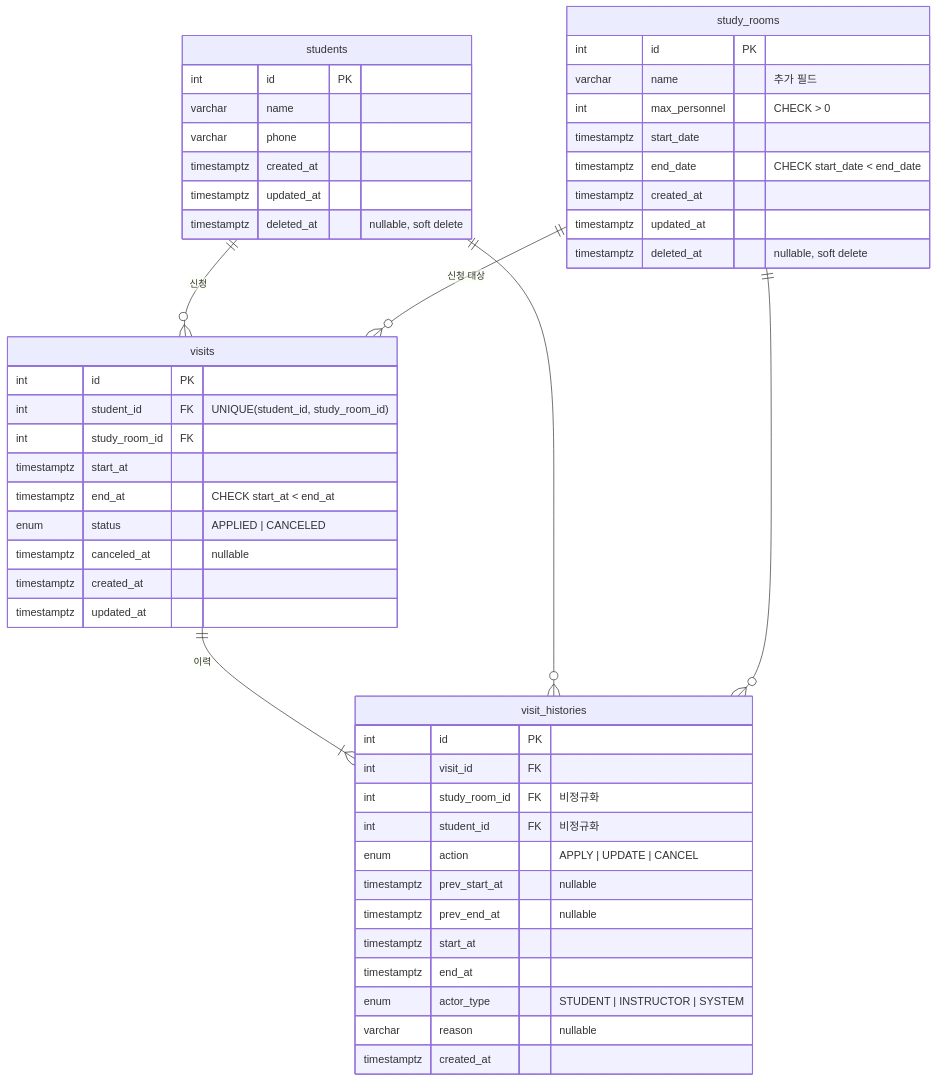
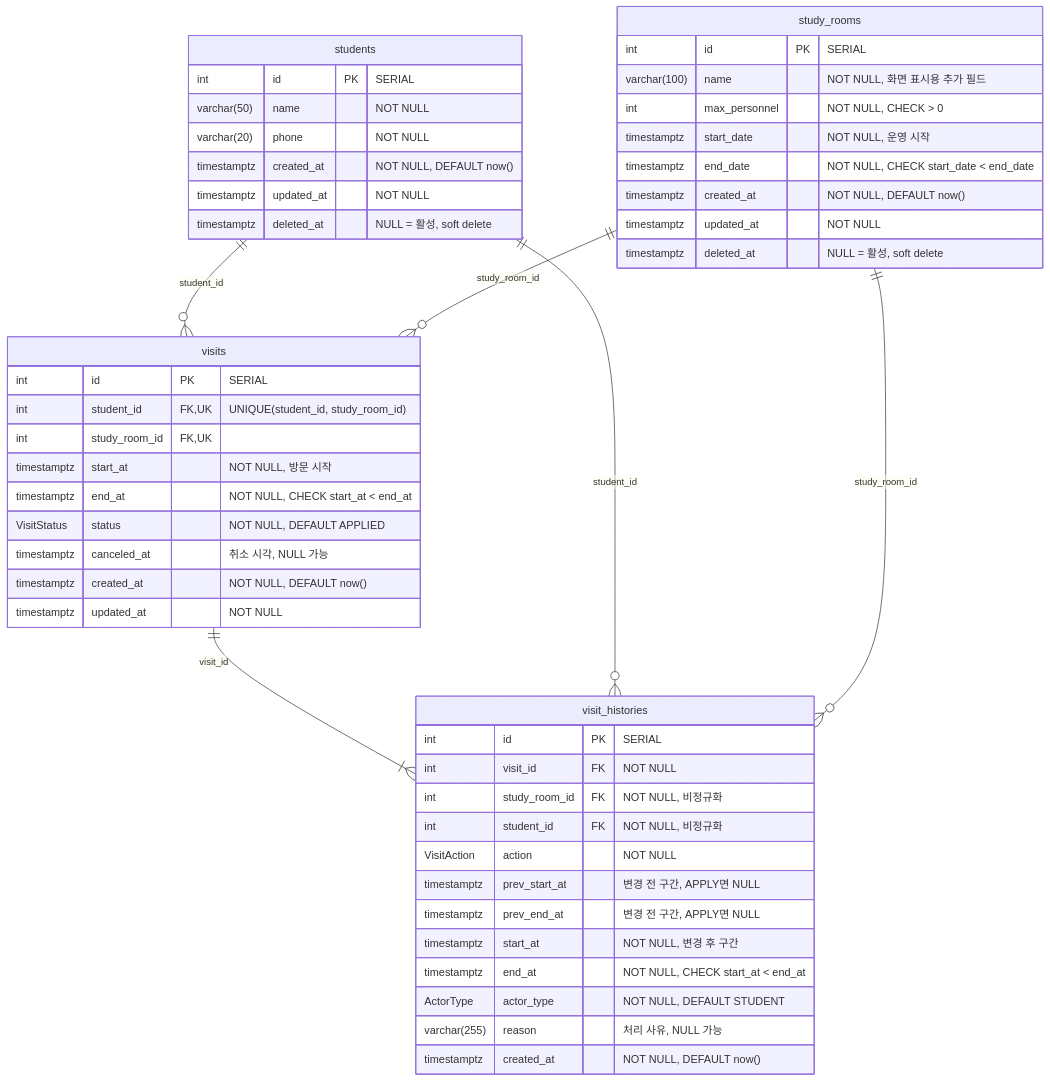
One commit to JungMINI-developer/hiconsy-task changed the second of 3 diagrams in docs/database.md. Above: the diagram before and after it, drawn with Mermaid. The commit also changed other lines of this file, not shown here.

Commit message:
docs: ERD를 관계 개요·상세 다이어그램으로 나누고 enum·상태 흐름 추가

````diff
--- a/docs/database.md
+++ b/docs/database.md
@@ -10,55 +27,55 @@
 ```mermaid
 erDiagram
-  students ||--o{ visits : "신청"
-  study_rooms ||--o{ visits : "신청 대상"
-  visits ||--|{ visit_histories : "이력"
-  students ||--o{ visit_histories : ""
-  study_rooms ||--o{ visit_histories : ""
+  students ||--o{ visits : "student_id"
+  study_rooms ||--o{ visits : "study_room_id"
+  visits ||--|{ visit_histories : "visit_id"
+  students ||--o{ visit_histories : "student_id"
+  study_rooms ||--o{ visit_histories : "study_room_id"
 
   students {
-    int id PK
-    varchar name
-    varchar phone
-    timestamptz created_at
-    timestamptz updated_at
-    timestamptz deleted_at "nullable, soft delete"
+    int id PK "SERIAL"
+    varchar(50) name "NOT NULL"
+    varchar(20) phone "NOT NULL"
+    timestamptz created_at "NOT NULL, DEFAULT now()"
+    timestamptz updated_at "NOT NULL"
+    timestamptz deleted_at "NULL = 활성, soft delete"
   }
 
   study_rooms {
-    int id PK
-    varchar name "추가 필드"
-    int max_personnel "CHECK > 0"
-    timestamptz start_date
-    timestamptz end_date "CHECK start_date < end_date"
-    timestamptz created_at
-    timestamptz updated_at
-    timestamptz deleted_at "nullable, soft delete"
+    int id PK "SERIAL"
+    varchar(100) name "NOT NULL, 화면 표시용 추가 필드"
+    int max_personnel "NOT NULL, CHECK > 0"
+    timestamptz start_date "NOT NULL, 운영 시작"
+    timestamptz end_date "NOT NULL, CHECK start_date < end_date"
+    timestamptz created_at "NOT NULL, DEFAULT now()"
+    timestamptz updated_at "NOT NULL"
+    timestamptz deleted_at "NULL = 활성, soft delete"
   }
 
   visits {
-    int id PK
-    int student_id FK "UNIQUE(student_id, study_room_id)"
-    int study_room_id FK
-    timestamptz start_at
-    timestamptz end_at "CHECK start_at < end_at"
-    enum status "APPLIED | CANCELED"
-    timestamptz canceled_at "nullable"
-    timestamptz created_at
-    timestamptz updated_at
+    int id PK "SERIAL"
+    int student_id FK,UK "UNIQUE(student_id, study_room_id)"
+    int study_room_id FK,UK
+    timestamptz start_at "NOT NULL, 방문 시작"
+    timestamptz end_at "NOT NULL, CHECK start_at < end_at"
+    VisitStatus status "NOT NULL, DEFAULT APPLIED"
+    timestamptz canceled_at "취소 시각, NULL 가능"
+    timestamptz created_at "NOT NULL, DEFAULT now()"
+    timestamptz updated_at "NOT NULL"
   }
 
   visit_histories {
-    int id PK
-    int visit_id FK
-    int study_room_id FK "비정규화"
-    int student_id FK "비정규화"
-    enum action "APPLY | UPDATE | CANCEL"
-    timestamptz prev_start_at "nullable"
-    timestamptz prev_end_at "nullable"
-    timestamptz start_at
-    timestamptz end_at
-    enum actor_type "STUDENT | INSTRUCTOR | SYSTEM"
-    varchar reason "nullable"
-    timestamptz created_at
+    int id PK "SERIAL"
+    int visit_id FK "NOT NULL"
+    int study_room_id FK "NOT NULL, 비정규화"
+    int student_id FK "NOT NULL, 비정규화"
+    VisitAction action "NOT NULL"
+    timestamptz prev_start_at "변경 전 구간, APPLY면 NULL"
+    timestamptz prev_end_at "변경 전 구간, APPLY면 NULL"
+    timestamptz start_at "NOT NULL, 변경 후 구간"
+    timestamptz end_at "NOT NULL, CHECK start_at < end_at"
+    ActorType actor_type "NOT NULL, DEFAULT STUDENT"
+    varchar(255) reason "처리 사유, NULL 가능"
+    timestamptz created_at "NOT NULL, DEFAULT now()"
   }
 ```
````
